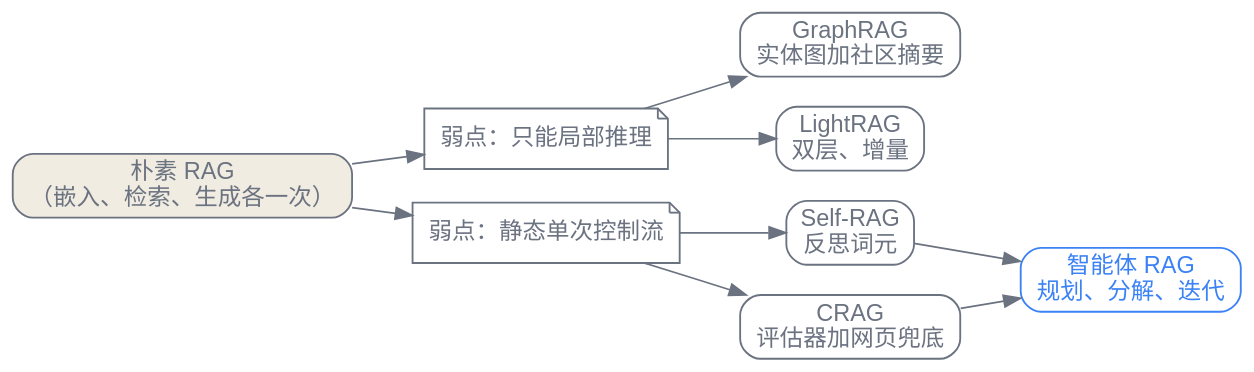
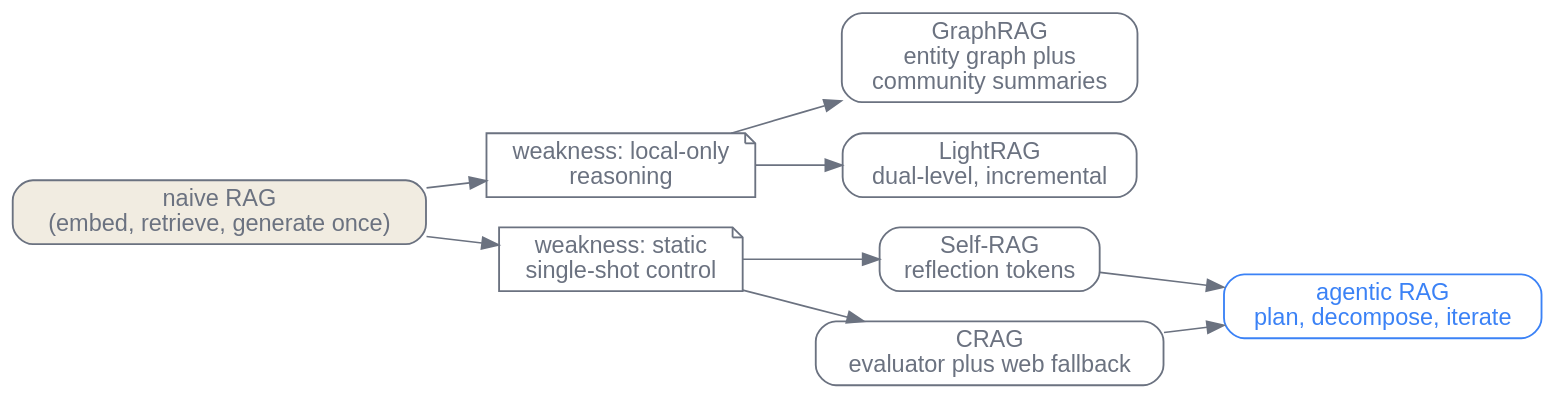
The third of 3 diagrams in zh/p5-orchestration/25-rag-retrieval.qmd (latere-ai/ai-as-an-infrastructure), drawn with Graphviz before and after one commit. The commit also changed other lines of this file and 106 other files, not shown here.

````diff
--- a/zh/p5-orchestration/25-rag-retrieval.qmd
+++ b/zh/p5-orchestration/25-rag-retrieval.qmd
@@ -184,30 +122,30 @@
 ```{dot}
 //| label: fig-rag-evolution
-//| fig-cap: "领域如何扩展朴素 RAG。三个结构性弱点各自催生一条研究脉络，而纠正性的控制器则推广为智能体回路。"
+//| fig-cap: "这个领域如何扩展朴素 RAG。三个结构性弱点各自催生一条研究脉络，而纠正性的控制器则推广成智能体回路。"
 digraph rag_evolution {
   rankdir=LR;
   bgcolor="transparent";
   node [shape=box, style=rounded, fontname="Helvetica", color="#6b7280", fontcolor="#6b7280", penwidth=1.1];
   edge [color="#6b7280", fontcolor="#6b7280"];
 
-  naive [label="朴素 RAG\n（嵌入、检索、生成各一次）", style="rounded,filled", fillcolor="#f1ece1"];
+  naive [label="naive RAG\n(embed, retrieve, generate once)", style="rounded,filled", fillcolor="#f1ece1"];
 
-  w1 [label="弱点：只能局部推理", shape=note];
-  w2 [label="弱点：静态单次控制流", shape=note];
+  w1 [label="weakness: local-only\nreasoning", shape=note];
+  w2 [label="weakness: static\nsingle-shot control", shape=note];
 
-  graphrag [label="GraphRAG\n实体图加社区摘要"];
-  lightrag [label="LightRAG\n双层、增量"];
-  selfrag [label="Self-RAG\n反思词元"];
-  crag [label="CRAG\n评估器加网页兜底"];
-  agentic [label="智能体 RAG\n规划、分解、迭代", color="#3b82f6", fontcolor="#3b82f6"];
+  graphrag [label="GraphRAG\nentity graph plus\ncommunity summaries"];
+  lightrag [label="LightRAG\ndual-level, incremental"];
+  selfrag [label="Self-RAG\nreflection tokens"];
+  crag [label="CRAG\nevaluator plus web fallback"];
+  agentic [label="agentic RAG\nplan, decompose, iterate", color="#3b82f6", fontcolor="#3b82f6"];
 
   naive -> w1;
   naive -> w2;
   w1 -> graphrag;
   w1 -> lightrag;
   w2 -> selfrag;
   w2 -> crag;
   selfrag -> agentic;
   crag -> agentic;
 }
 ```
````
